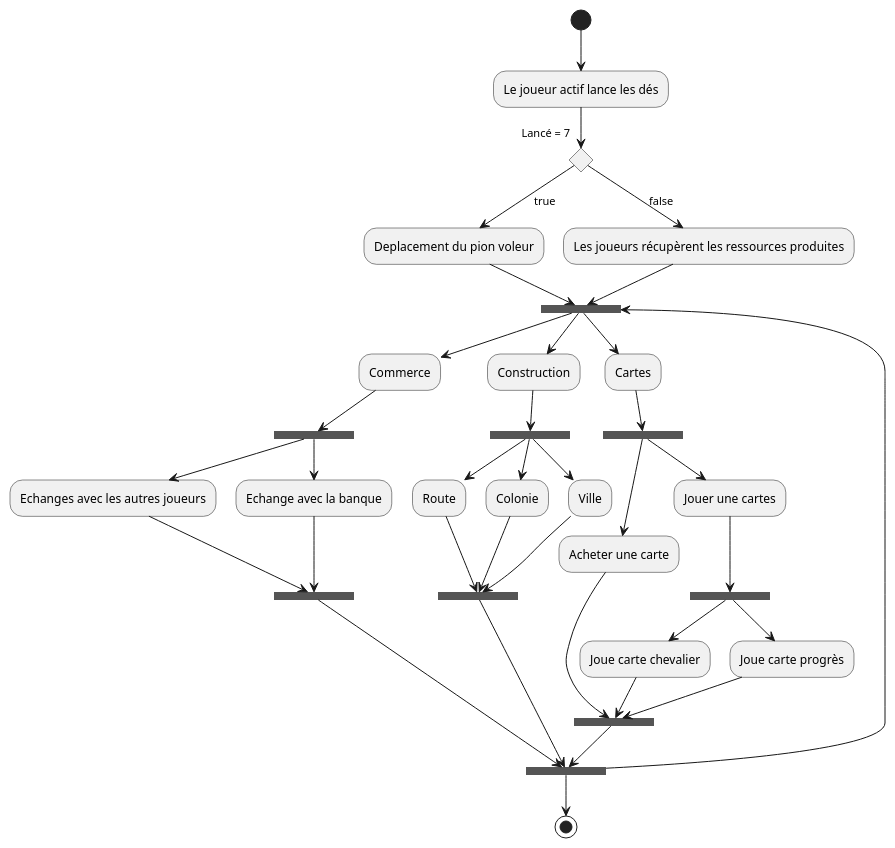
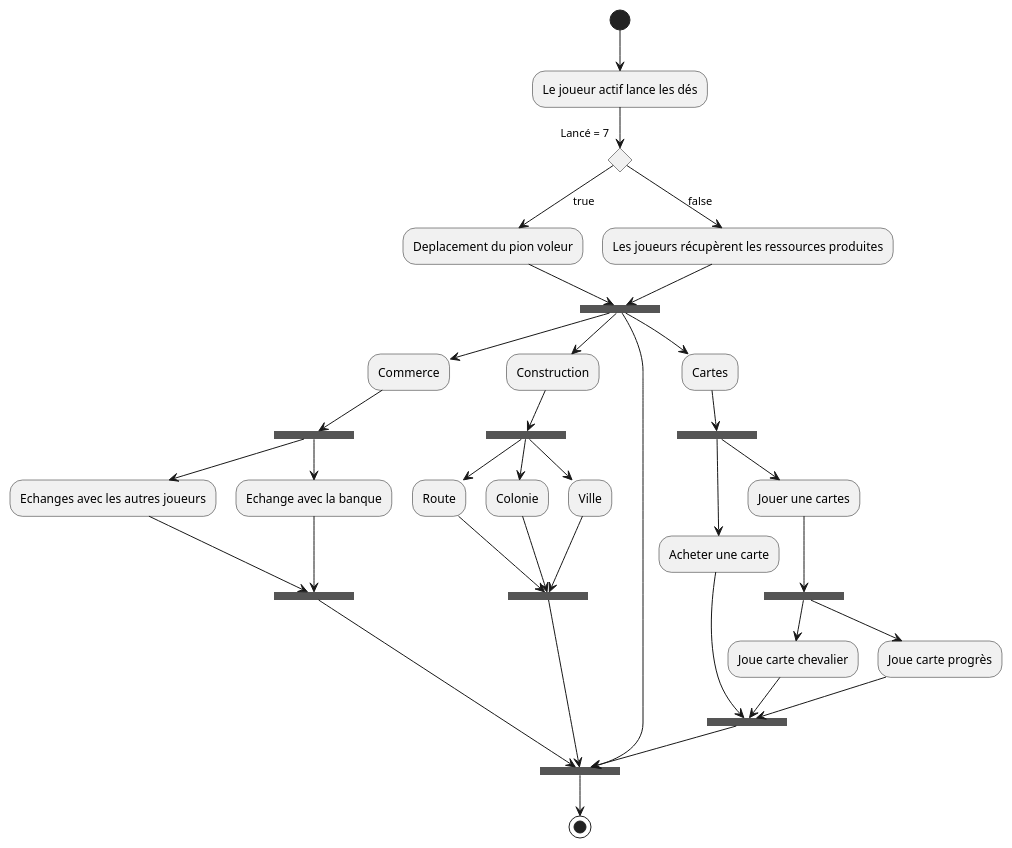
Before and after one commit to Lapin-Obez/colon_de_catane: the diagram in catan-doc/modules/analyse/examples/tour-de-joue.plantuml, drawn with PlantUML. The commit also changed 1 other file, not shown here.

Commit message:
modification du diagramme de la vue physique du projet

```diff
--- a/catan-doc/modules/analyse/examples/tour-de-joue.plantuml
+++ b/catan-doc/modules/analyse/examples/tour-de-joue.plantuml
@@ -1,38 +1,38 @@
 @startuml
 (*) --> "Le joueur actif lance les dés"
 --> if "Lancé = 7" then
 -->[true] "Deplacement du pion voleur"
 else
 -->[false] "Les joueurs récupèrent les ressources produites"
 -->===B1===
 "Deplacement du pion voleur"-->===B1===
 --> "Commerce"
 -->===BCommerce===
 -->"Echanges avec les autres joueurs"
 -->===B2===
 ===BCommerce===-->"Echange avec la banque"
 "Echange avec la banque"-->===B2===
 ===B1===-->"Construction"
 "Construction"-->===BConstruction===
 ===BConstruction===-->"Route"
 ===BConstruction===-->"Colonie"
 ===BConstruction===-->"Ville"
 "Route"-->===B3===
 "Colonie"-->===B3===
 "Ville"-->===B3===
 ===B3===-->===B4===
 ===B2===-->===B4===
 ===B1===-->"Cartes"
 "Cartes"-->===B5===
 ===B5===-->"Acheter une carte"
 "Acheter une carte"-->===B6===
 ===B5===-->"Jouer une cartes"
 "Jouer une cartes"-->===B7===
 ===B7===-->"Joue carte chevalier"
 ===B7===-->"Joue carte progrès"
 "Joue carte chevalier"-->===B6===
 "Joue carte progrès"-->===B6===
 ===B6===-->===B4===
-===B4===-->===B1===
+===B1===-->===B4===
 ===B4===-->(*)
 @enduml
```
